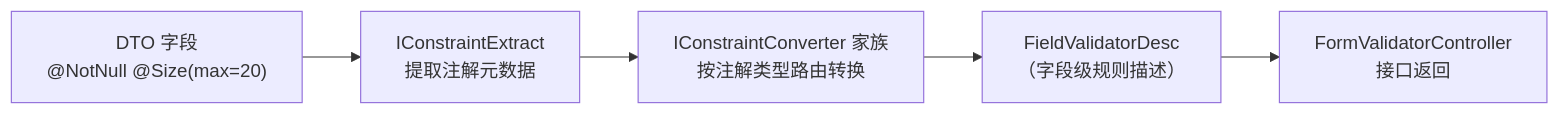
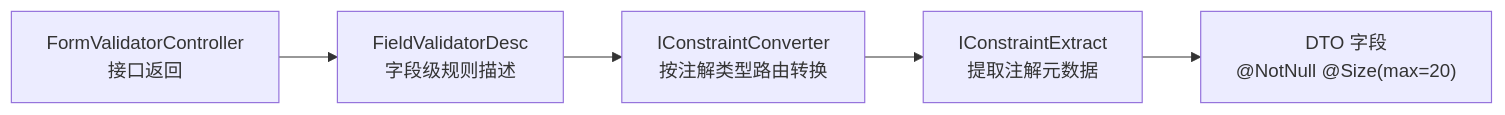
One commit to henhen6/mdp-docs changed the diagram in src/doc/source/mdp-base/md-validator-starter.md. Above: the diagram before and after it, drawn with Mermaid. The commit also changed 23 other files, not shown here.

````diff
--- a/src/doc/source/mdp-base/md-validator-starter.md
+++ b/src/doc/source/mdp-base/md-validator-starter.md
@@ -37,7 +37,7 @@
 ```mermaid
 flowchart LR
-    A["DTO 字段<br/>@NotNull @Size(max=20)"] --> B["IConstraintExtract<br/>提取注解元数据"]
-    B --> C["IConstraintConverter 家族<br/>按注解类型路由转换"]
-    C --> D["FieldValidatorDesc<br/>（字段级规则描述）"]
-    D --> E["FormValidatorController<br/>接口返回"]
+    B["IConstraintExtract<br/>提取注解元数据"] --> A["DTO 字段<br/>@NotNull @Size(max=20)"]
+    C["IConstraintConverter<br/>按注解类型路由转换"] --> B
+    D["FieldValidatorDesc<br/>字段级规则描述"] --> C
+    E["FormValidatorController<br/>接口返回"] --> D
 ```
````
